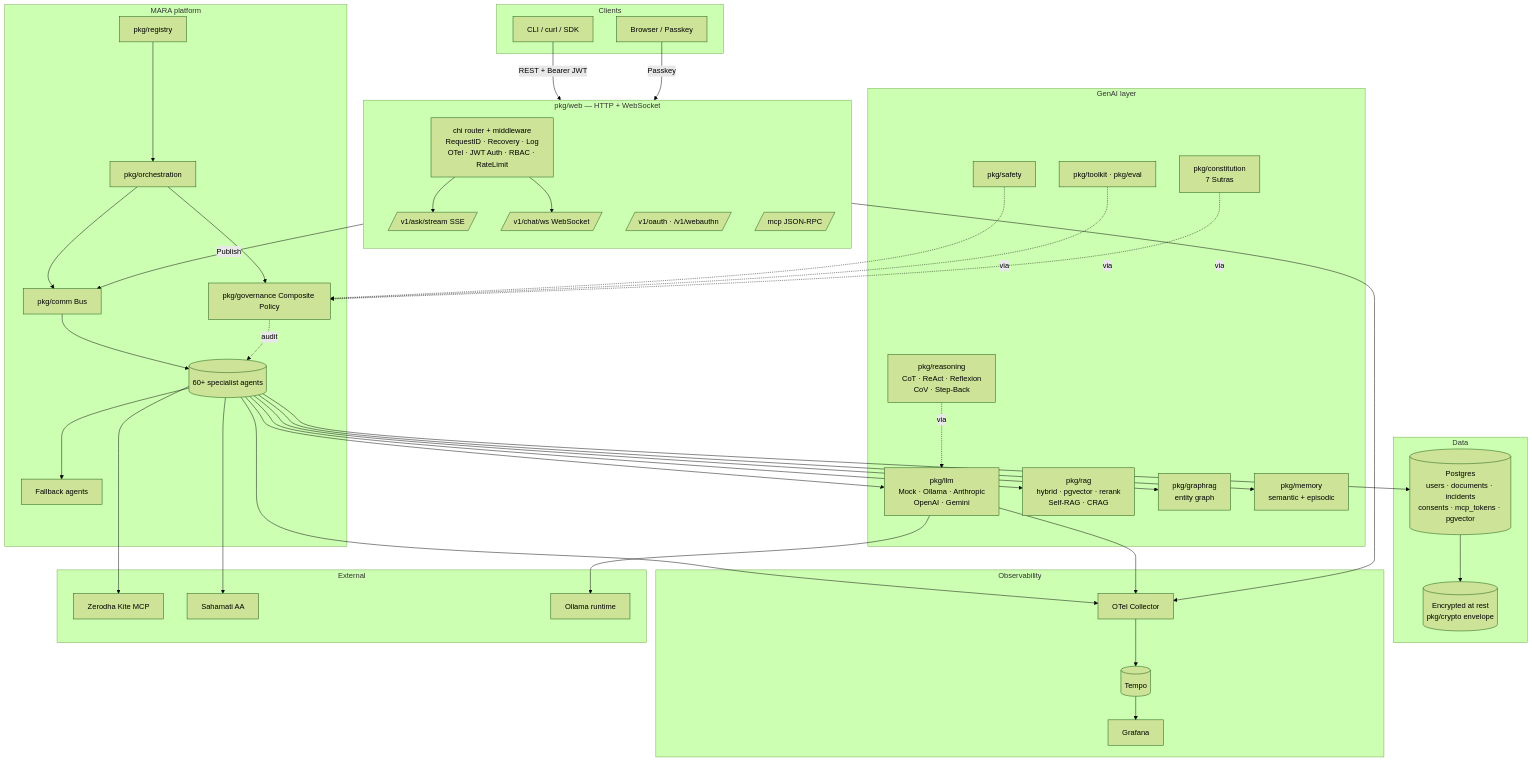
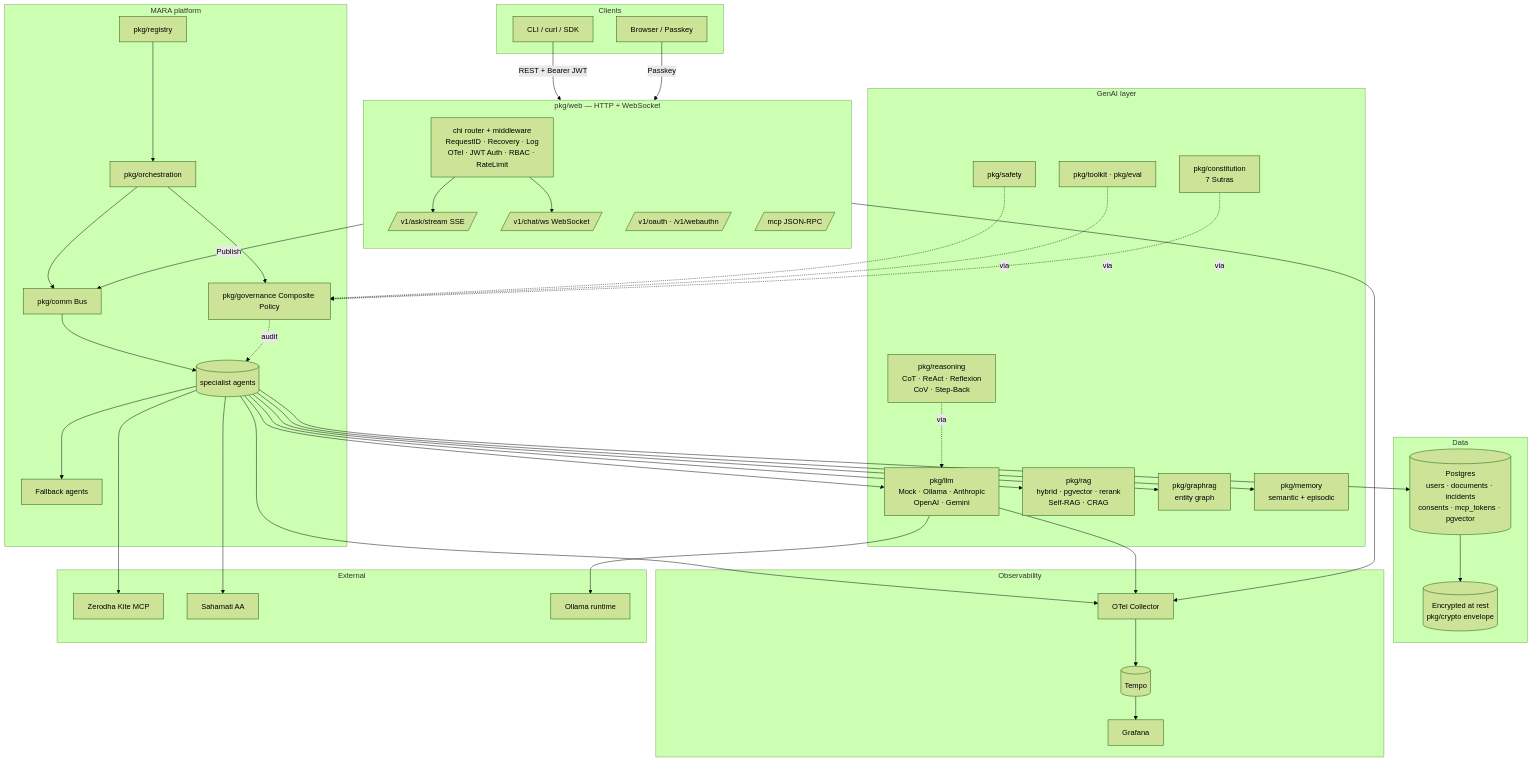
The diagram in README.md (c2siorg/genie), drawn with Mermaid (forest theme) before and after one commit. The commit also changed other lines of this file and 7 other files, not shown here.

````diff
--- a/README.md
+++ b/README.md
@@ -85,82 +47,82 @@
 ```mermaid
 flowchart TB
     subgraph Clients
         UA[CLI / curl / SDK]
         BR[Browser / Passkey]
     end
 
     subgraph Edge["pkg/web — HTTP + WebSocket"]
         direction TB
         MW[chi router + middleware<br/>RequestID · Recovery · Log<br/>OTel · JWT Auth · RBAC · RateLimit]
         SSE[/v1/ask/stream SSE/]
         WS[/v1/chat/ws WebSocket/]
         OAUTH[/v1/oauth · /v1/webauthn/]
         MCPEP[/mcp JSON-RPC/]
     end
 
     subgraph Platform["MARA platform"]
         ORCH[pkg/orchestration]
         BUS[pkg/comm Bus]
         REG[pkg/registry]
         POL[pkg/governance Composite Policy]
-        AGENTS[(60+ specialist agents)]
+        AGENTS[(specialist agents)]
         FB[Fallback agents]
         ORCH --> BUS
         ORCH --> POL
         REG --> ORCH
         BUS --> AGENTS
         AGENTS --> FB
     end
 
     subgraph AI["GenAI layer"]
         LLM[pkg/llm<br/>Mock · Ollama · Anthropic<br/>OpenAI · Gemini]
         RAG[pkg/rag<br/>hybrid · pgvector · rerank<br/>Self-RAG · CRAG]
         GRAG[pkg/graphrag<br/>entity graph]
         REAS[pkg/reasoning<br/>CoT · ReAct · Reflexion<br/>CoV · Step-Back]
         MEM[pkg/memory<br/>semantic + episodic]
         CONST[pkg/constitution<br/>7 Sutras]
         TOOL[pkg/toolkit · pkg/eval]
         SAFE[pkg/safety]
     end
 
     subgraph Data
         PG[(Postgres<br/>users · documents · incidents<br/>consents · mcp_tokens · pgvector)]
         VAULT[(Encrypted at rest<br/>pkg/crypto envelope)]
     end
 
     subgraph Observability
         OTLP[OTel Collector]
         TEMPO[(Tempo)]
         GRAF[Grafana]
         OTLP --> TEMPO --> GRAF
     end
 
     subgraph External
         KITE[Zerodha Kite MCP]
         AA[Sahamati AA]
         OLLAMA[Ollama runtime]
     end
 
     UA -->|REST + Bearer JWT| MW
     BR -->|Passkey| OAUTH
     MW --> SSE
     MW --> WS
     MW -->|Publish| BUS
     AGENTS --> LLM
     AGENTS --> RAG
     AGENTS --> GRAG
     AGENTS --> MEM
     LLM --> OLLAMA
     AGENTS --> KITE
     AGENTS --> AA
     AGENTS --> PG
     PG --> VAULT
     AGENTS --> OTLP
     MW --> OTLP
     LLM --> OTLP
     POL -.audit.-> AGENTS
     REAS -.via.-> LLM
     SAFE -.via.-> POL
     TOOL -.via.-> POL
     CONST -.via.-> POL
 ```
````
